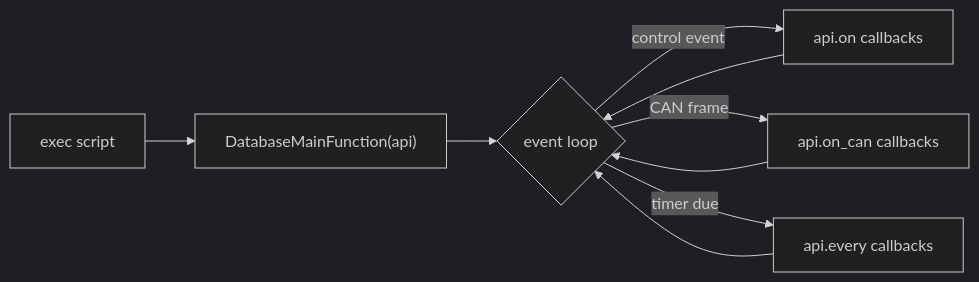
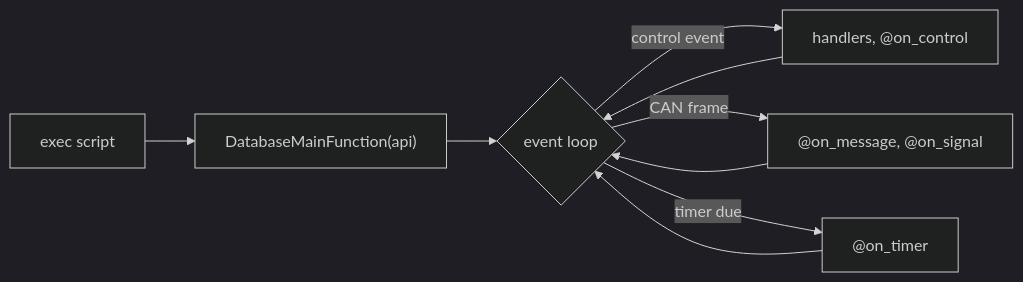
One commit to HyperFluxQc/CanExpert changed the third of 4 diagrams in docs/DOCUMENTATION.md. Above: the diagram before and after it, drawn with Mermaid (dark theme). The commit also changed other lines of this file and 8 other files, not shown here.

````diff
--- a/docs/DOCUMENTATION.md
+++ b/docs/DOCUMENTATION.md
@@ -264,9 +267,9 @@
 ```mermaid
 flowchart LR
     A["exec script"] --> B["DatabaseMainFunction(api)"]
     B --> C{"event loop"}
-    C -->|control event| D["api.on callbacks"]
-    C -->|CAN frame| E["api.on_can callbacks"]
-    C -->|timer due| F["api.every callbacks"]
+    C -->|control event| D["handlers, @on_control"]
+    C -->|CAN frame| E["@on_message, @on_signal"]
+    C -->|timer due| F["@on_timer"]
     D & E & F --> C
 ```
````
